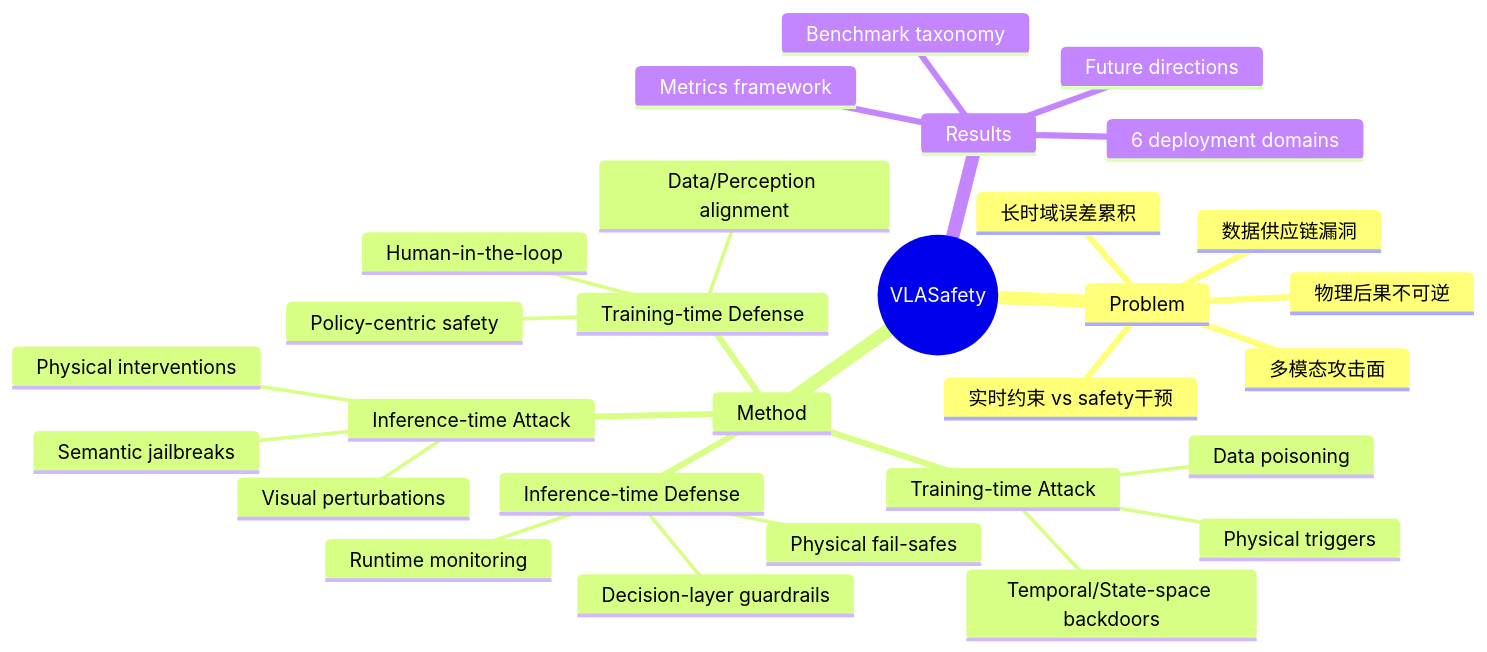
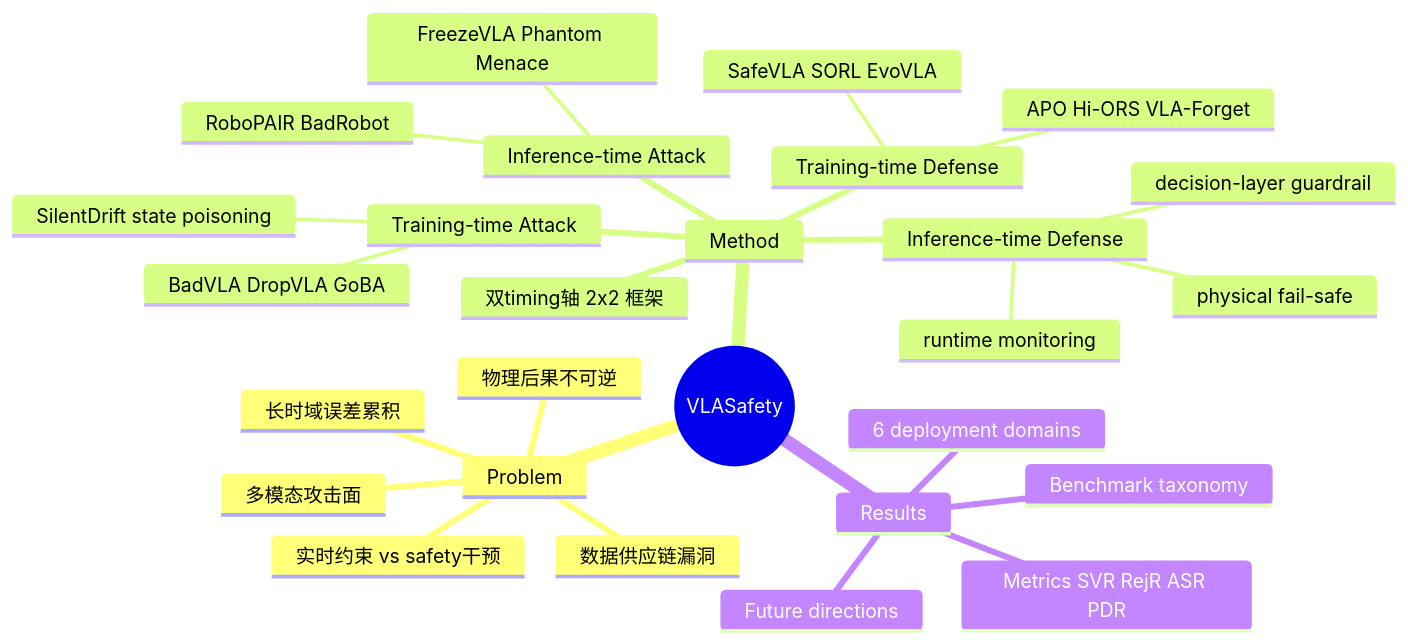
One commit to Kendrick-Stein/MCISLAB_DeepRead changed the diagram in Papers/2604-VLASafety.md. Above: the diagram before and after it, drawn with Mermaid. The commit also changed other lines of this file and 21 other files, not shown here.

````diff
--- a/Papers/2604-VLASafety.md
+++ b/Papers/2604-VLASafety.md
@@ -55,32 +65,30 @@
 ```mermaid
 mindmap
   root((VLASafety))
     Problem
       物理后果不可逆
       多模态攻击面
       实时约束 vs safety干预
       长时域误差累积
       数据供应链漏洞
     Method
+      双timing轴 2x2 框架
       Training-time Attack
-        Data poisoning
-        Physical triggers
-        Temporal/State-space backdoors
+        BadVLA DropVLA GoBA
+        SilentDrift state poisoning
       Training-time Defense
-        Data/Perception alignment
-        Policy-centric safety
-        Human-in-the-loop
+        SafeVLA SORL EvoVLA
+        APO Hi-ORS VLA-Forget
       Inference-time Attack
-        Semantic jailbreaks
-        Visual perturbations
-        Physical interventions
+        RoboPAIR BadRobot
+        FreezeVLA Phantom Menace
       Inference-time Defense
-        Decision-layer guardrails
-        Runtime monitoring
-        Physical fail-safes
+        decision-layer guardrail
+        runtime monitoring
+        physical fail-safe
     Results
       Benchmark taxonomy
-      Metrics framework
+      Metrics SVR RejR ASR PDR
       6 deployment domains
       Future directions
 ```
````
